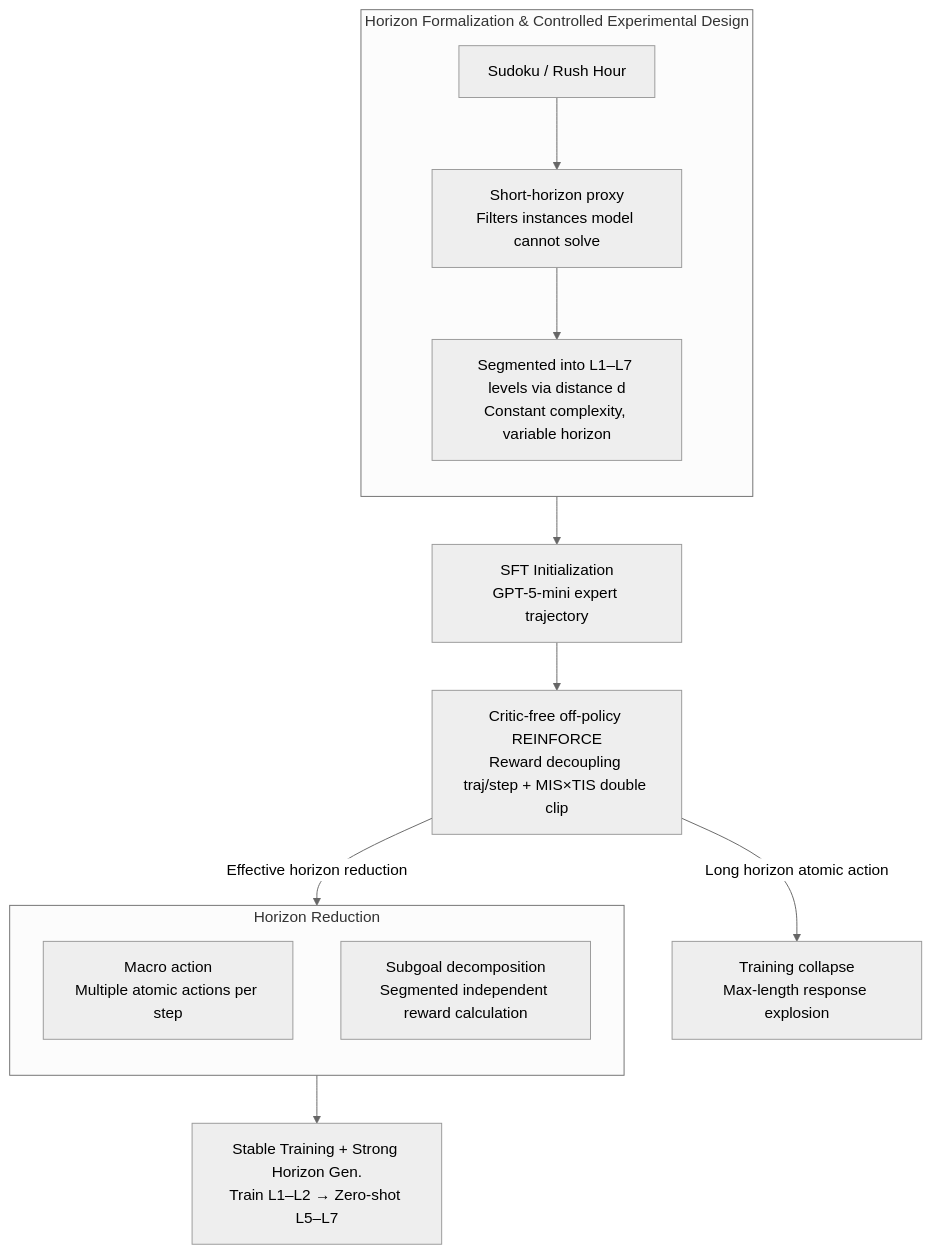
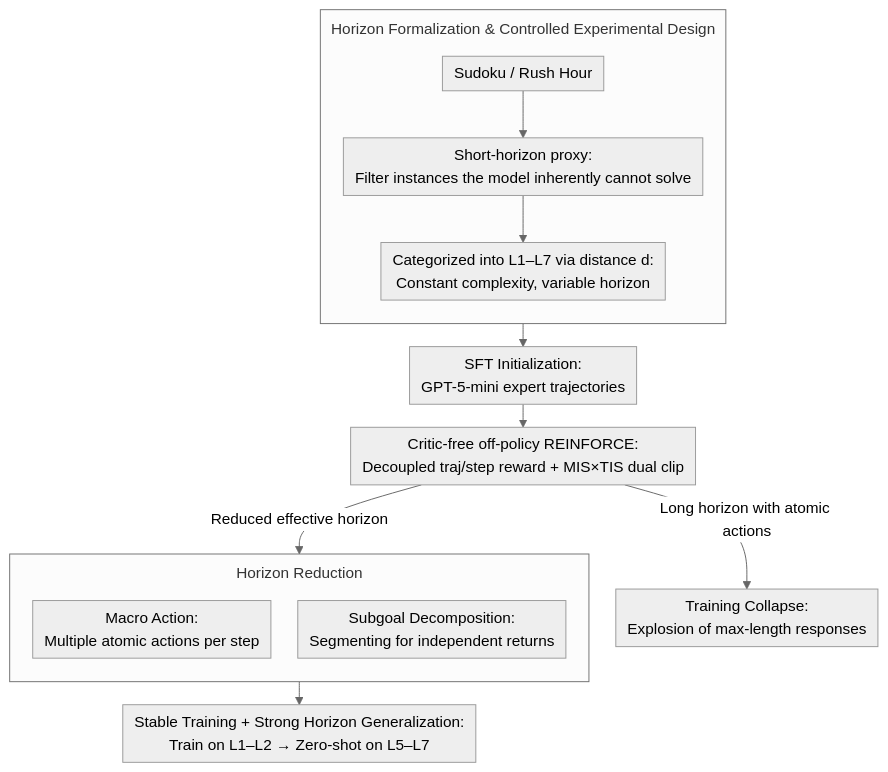
The diagram in docs/ICML2026/llm_pretraining/on_training_large_language_models_for_long-horizon_tasks_an_empirical_study_of_h.md (zhaoyang97/Paper-Notes-en), drawn with Mermaid (neutral theme) before and after one commit. The commit also changed other lines of this file and 5084 other files, not shown here.

````diff
--- a/docs/ICML2026/llm_pretraining/on_training_large_language_models_for_long-horizon_tasks_an_empirical_study_of_h.md
+++ b/docs/ICML2026/llm_pretraining/on_training_large_language_models_for_long-horizon_tasks_an_empirical_study_of_h.md
@@ -47,18 +47,19 @@
 ```mermaid
+%%{init: {'flowchart': {'rankSpacing': 24, 'nodeSpacing': 28, 'padding': 6, 'wrappingWidth': 400, 'subGraphTitleMargin': {'top': 8, 'bottom': 16}}}}%%
 flowchart TD
     subgraph DATA["Horizon Formalization & Controlled Experimental Design"]
         direction TB
-        A["Sudoku / Rush Hour"] --> B["Short-horizon proxy<br/>Filters instances model cannot solve"]
-        B --> C["Segmented into L1–L7 levels via distance d<br/>Constant complexity, variable horizon"]
+        A["Sudoku / Rush Hour"] --> B["Short-horizon proxy:<br/>Filter instances the model inherently cannot solve"]
+        B --> C["Categorized into L1–L7 via distance d:<br/>Constant complexity, variable horizon"]
     end
-    DATA --> D["SFT Initialization<br/>GPT-5-mini expert trajectory"]
-    D --> E["Critic-free off-policy REINFORCE<br/>Reward decoupling traj/step + MIS×TIS double clip"]
-    E -->|Long horizon atomic action| F["Training collapse<br/>Max-length response explosion"]
-    E -->|Effective horizon reduction| G
+    DATA --> D["SFT Initialization:<br/>GPT-5-mini expert trajectories"]
+    D --> E["Critic-free off-policy REINFORCE:<br/>Decoupled traj/step reward + MIS×TIS dual clip"]
+    E -->|Long horizon with atomic actions| F["Training Collapse:<br/>Explosion of max-length responses"]
+    E -->|Reduced effective horizon| G
     subgraph G["Horizon Reduction"]
         direction TB
-        G1["Macro action<br/>Multiple atomic actions per step"]
-        G2["Subgoal decomposition<br/>Segmented independent reward calculation"]
+        G1["Macro Action:<br/>Multiple atomic actions per step"]
+        G2["Subgoal Decomposition:<br/>Segmenting for independent returns"]
     end
-    G --> H["Stable Training + Strong Horizon Gen.<br/>Train L1–L2 → Zero-shot L5–L7"]
+    G --> H["Stable Training + Strong Horizon Generalization:<br/>Train on L1–L2 → Zero-shot on L5–L7"]
 ```
````
